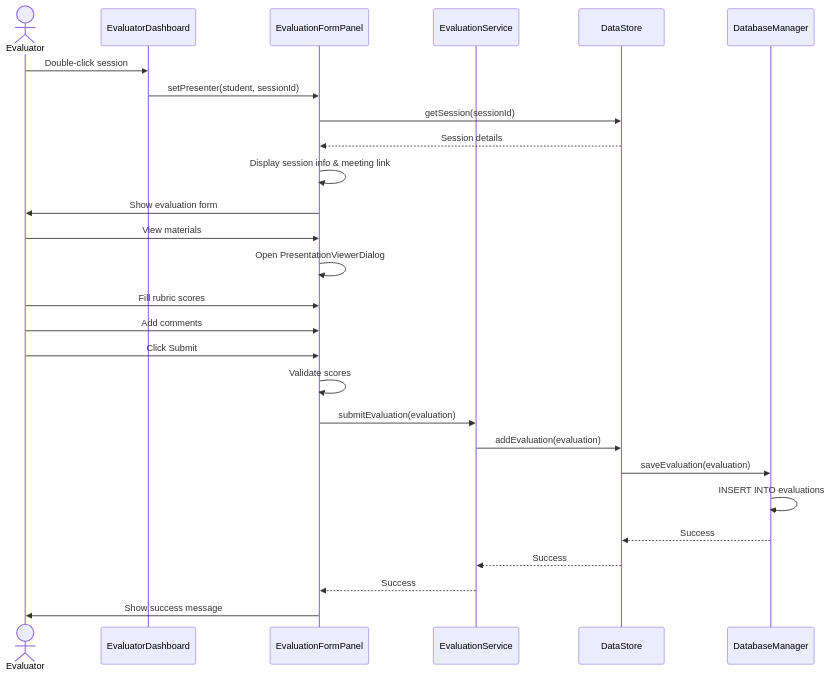
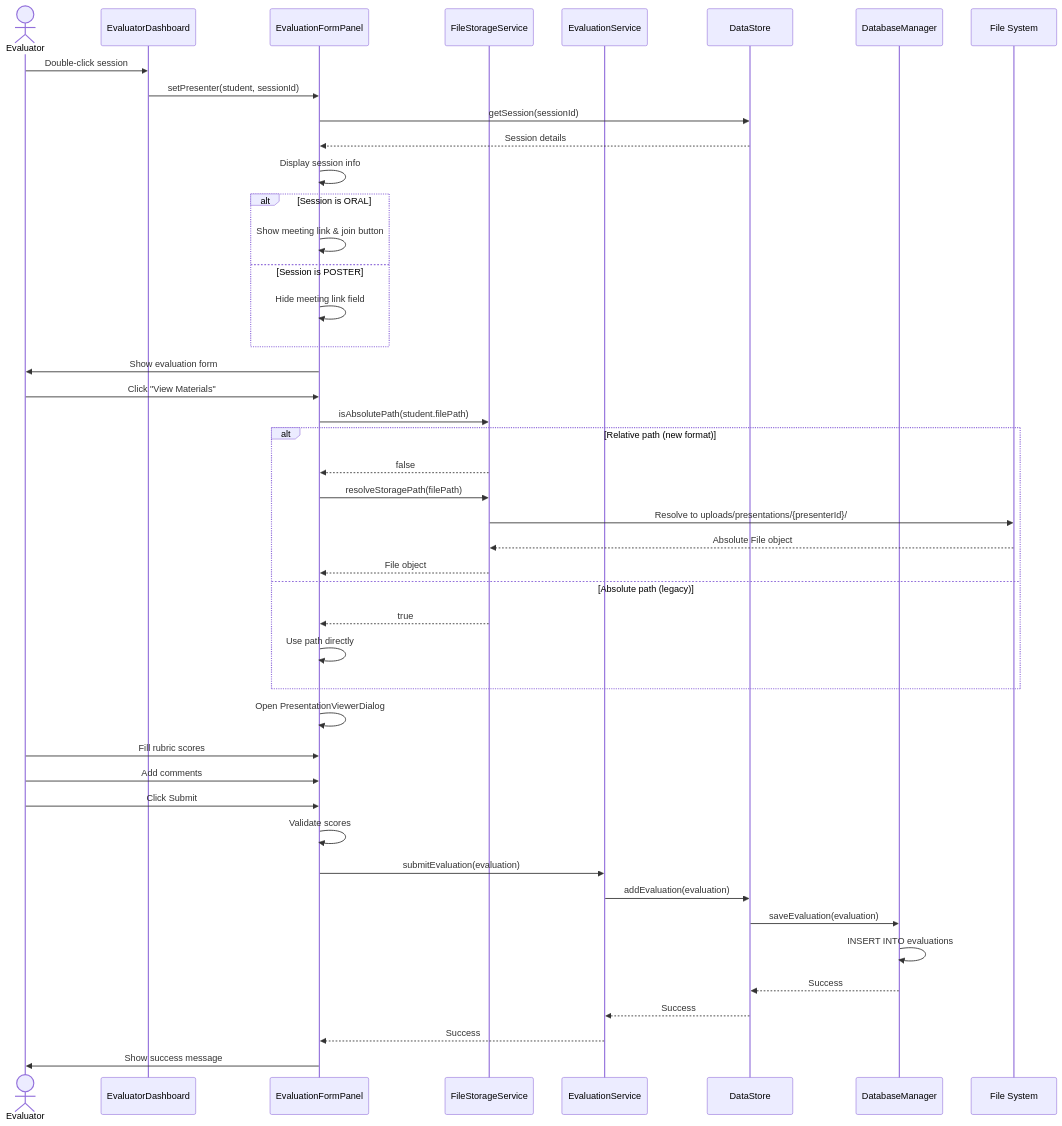
Before and after one commit to Jinyuanmak/OOAD-Lab-Exercise: the sixth of 12 diagrams in UML_DIAGRAMS.md, drawn with Mermaid. The commit also changed other lines of this file and 89 other files, not shown here.

````diff
--- a/UML_DIAGRAMS.md
+++ b/UML_DIAGRAMS.md
@@ -586,33 +647,55 @@
 ```mermaid
 sequenceDiagram
     actor Evaluator
     participant Dashboard as EvaluatorDashboard
     participant Form as EvaluationFormPanel
+    participant FileSvc as FileStorageService
     participant EvalService as EvaluationService
     participant Store as DataStore
     participant DB as DatabaseManager
+    participant FS as File System
     
     Evaluator->>Dashboard: Double-click session
     Dashboard->>Form: setPresenter(student, sessionId)
     Form->>Store: getSession(sessionId)
     Store-->>Form: Session details
-    Form->>Form: Display session info & meeting link
+    Form->>Form: Display session info
+    
+    alt Session is ORAL
+        Form->>Form: Show meeting link & join button
+    else Session is POSTER
+        Form->>Form: Hide meeting link field
+    end
+    
     Form->>Evaluator: Show evaluation form
     
-    Evaluator->>Form: View materials
+    Evaluator->>Form: Click "View Materials"
+    Form->>FileSvc: isAbsolutePath(student.filePath)
+    
+    alt Relative path (new format)
+        FileSvc-->>Form: false
+        Form->>FileSvc: resolveStoragePath(filePath)
+        FileSvc->>FS: Resolve to uploads/presentations/{presenterId}/
+        FS-->>FileSvc: Absolute File object
+        FileSvc-->>Form: File object
+    else Absolute path (legacy)
+        FileSvc-->>Form: true
+        Form->>Form: Use path directly
+    end
+    
     Form->>Form: Open PresentationViewerDialog
     
     Evaluator->>Form: Fill rubric scores
     Evaluator->>Form: Add comments
     Evaluator->>Form: Click Submit
     
     Form->>Form: Validate scores
     Form->>EvalService: submitEvaluation(evaluation)
     EvalService->>Store: addEvaluation(evaluation)
     Store->>DB: saveEvaluation(evaluation)
     DB->>DB: INSERT INTO evaluations
     DB-->>Store: Success
     Store-->>EvalService: Success
     EvalService-->>Form: Success
     Form->>Evaluator: Show success message
 ```
````
